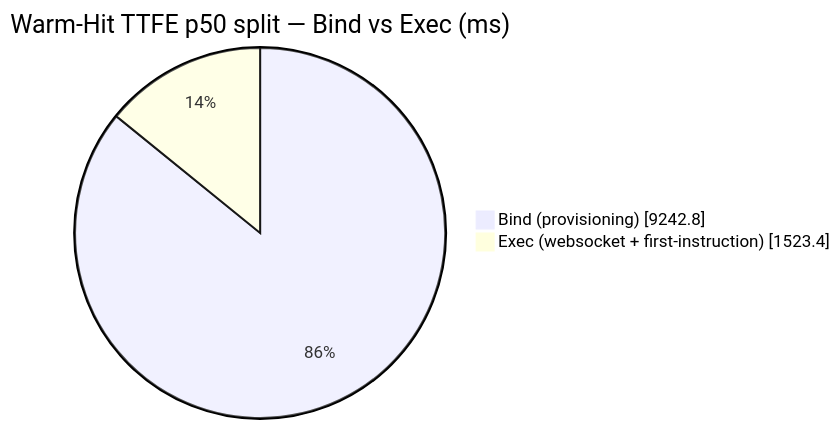
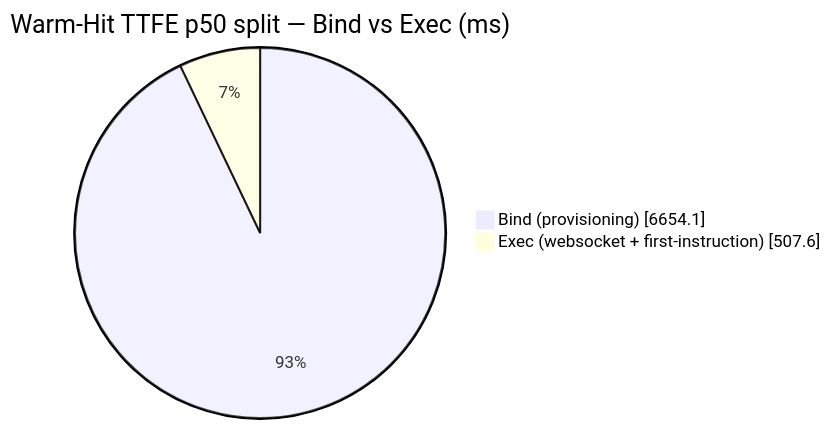
The diagram in DETAILS.md (AlexBulankou/honest-bench), drawn with Mermaid before and after one commit. The commit also changed other lines of this file and 5 other files, not shown here.

````diff
--- a/DETAILS.md
+++ b/DETAILS.md
@@ -114,6 +115,6 @@
 ```mermaid
 pie showData
     title Warm-Hit TTFE p50 split — Bind vs Exec (ms)
-    "Bind (provisioning)" : 9242.8
-    "Exec (websocket + first-instruction)" : 1523.4
+    "Bind (provisioning)" : 6654.1
+    "Exec (websocket + first-instruction)" : 507.6
 ```
````
